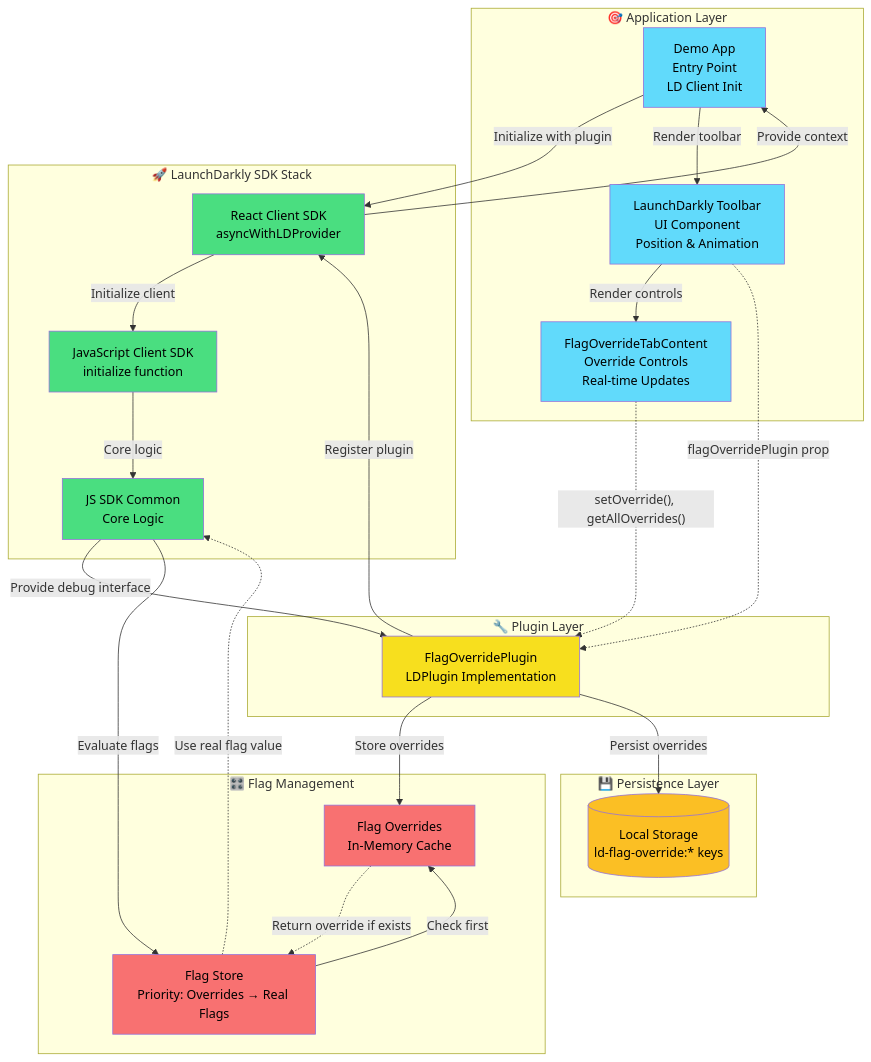
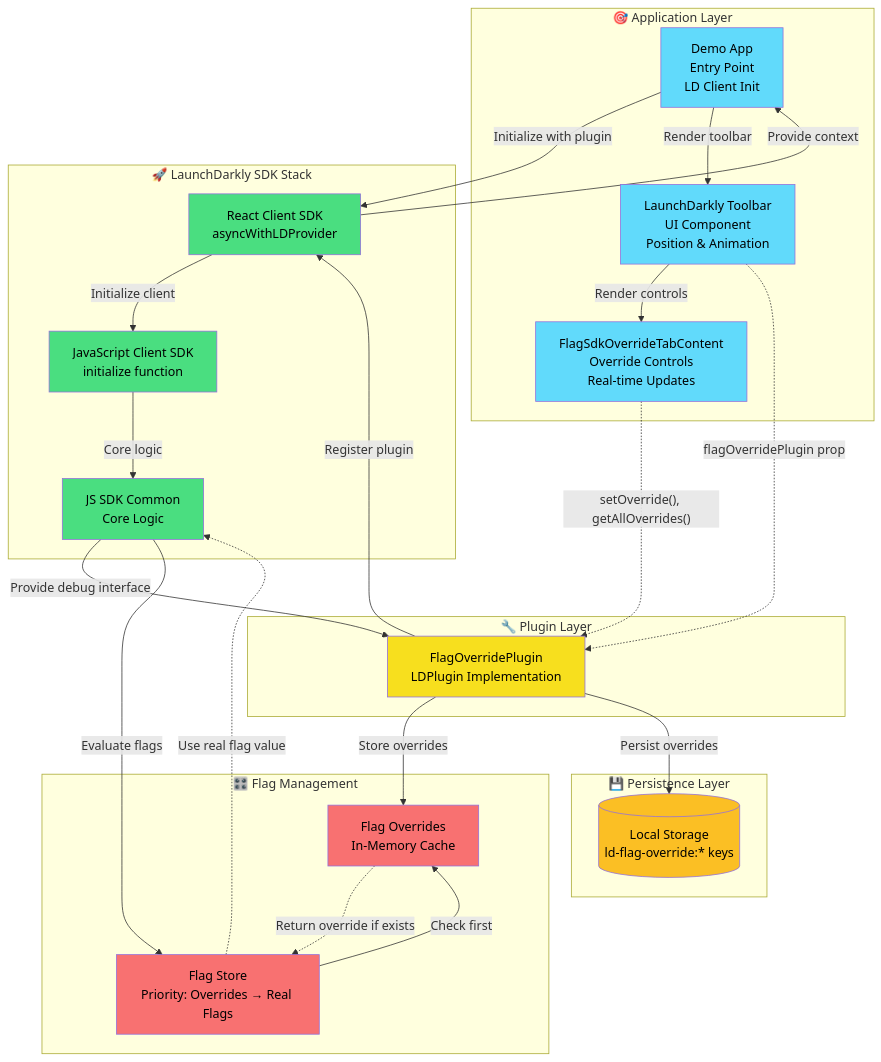
The diagram in docs/plugin-architecture.mermaid (launchdarkly/launchdarkly-toolbar), drawn with Mermaid before and after one commit. The commit also changed 7 other files, not shown here.

Commit message:
Update FlagOverride to FlagSdkOverride in codebase

```diff
--- a/docs/plugin-architecture.mermaid
+++ b/docs/plugin-architecture.mermaid
@@ -1,73 +1,73 @@
 graph TB
     %% Main Components
     subgraph "🎯 Application Layer"
         App[Demo App<br/>Entry Point<br/>LD Client Init]
         Toolbar[LaunchDarkly Toolbar<br/>UI Component<br/>Position & Animation]
-        TabContent[FlagOverrideTabContent<br/>Override Controls<br/>Real-time Updates]
+        TabContent[FlagSdkOverrideTabContent<br/>Override Controls<br/>Real-time Updates]
     end
 
     subgraph "🔧 Plugin Layer"
         FlagOverridePlugin[FlagOverridePlugin<br/>LDPlugin Implementation]
     end
 
     subgraph "🚀 LaunchDarkly SDK Stack"
         ReactSDK[React Client SDK<br/>asyncWithLDProvider]
         JSSDK[JavaScript Client SDK<br/>initialize function]
         CommonSDK[JS SDK Common<br/>Core Logic]
     end
 
     subgraph "🎛️ Flag Management"
         FlagStore[Flag Store<br/>Priority: Overrides → Real Flags]
         OverrideStore[Flag Overrides<br/>In-Memory Cache]
     end
 
     subgraph "💾 Persistence Layer"
         LocalStorage[(Local Storage<br/>ld-flag-override:* keys)]
     end
 
 
 
     %% 🔄 Plugin Registration & Initialization
     App -->|Initialize with plugin| ReactSDK
     ReactSDK -->|Initialize client| JSSDK
     JSSDK -->|Core logic| CommonSDK
     FlagOverridePlugin -->|Register plugin| ReactSDK
 
     %% 🔧 Debug Interface Handshake
     CommonSDK -->|Provide debug interface| FlagOverridePlugin
     FlagOverridePlugin -->|Store overrides| OverrideStore
 
     %% 🎨 Client Flow (JS SDK)
     ReactSDK -->|Provide context| App
     App -->|Render toolbar| Toolbar
     Toolbar -->|Render controls| TabContent
 
     %% ⚡ Direct Plugin Integration
     Toolbar -.->|flagOverridePlugin prop| FlagOverridePlugin
     TabContent -.->|"setOverride(), getAllOverrides()"| FlagOverridePlugin
 
 
 
     %% 💾 Storage Management
     FlagOverridePlugin -->|Persist overrides| LocalStorage
 
     %% 🎯 Flag Evaluation Priority
     CommonSDK -->|Evaluate flags| FlagStore
     FlagStore -->|Check first| OverrideStore
     OverrideStore -.->|Return override if exists| FlagStore
     FlagStore -.->|Use real flag value| CommonSDK
 
 
 
     %% Styling
     classDef app fill:#61dafb,color:black
     classDef plugin fill:#f7df1e,color:black
     classDef sdk fill:#4ade80,color:black
     classDef storage fill:#fbbf24,color:black
     classDef flags fill:#f87171,color:black
 
     class App,Toolbar,TabContent app
     class FlagOverridePlugin plugin
     class ReactSDK,JSSDK,CommonSDK sdk
     class FlagStore,OverrideStore flags
     class LocalStorage storage
```
